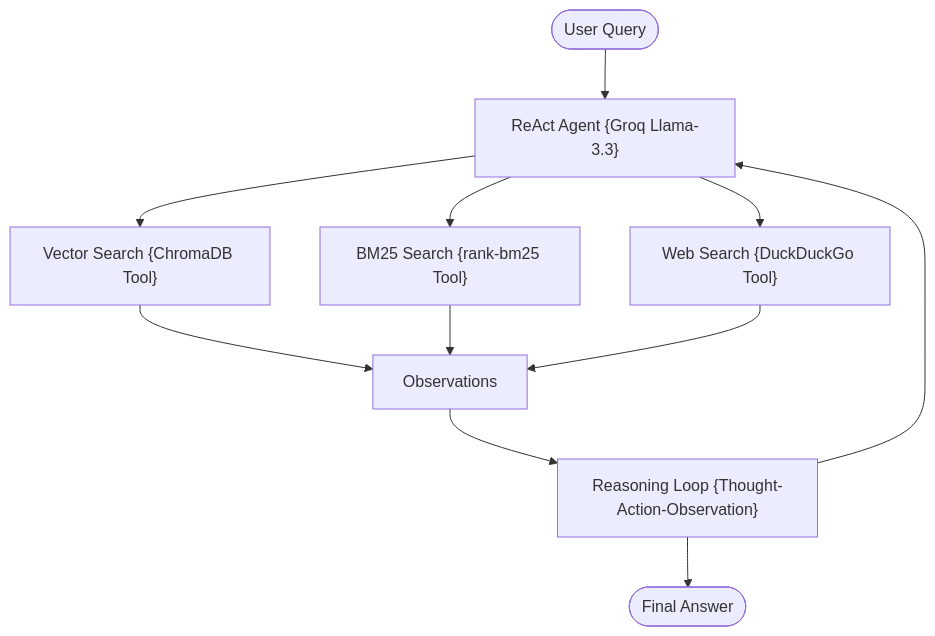
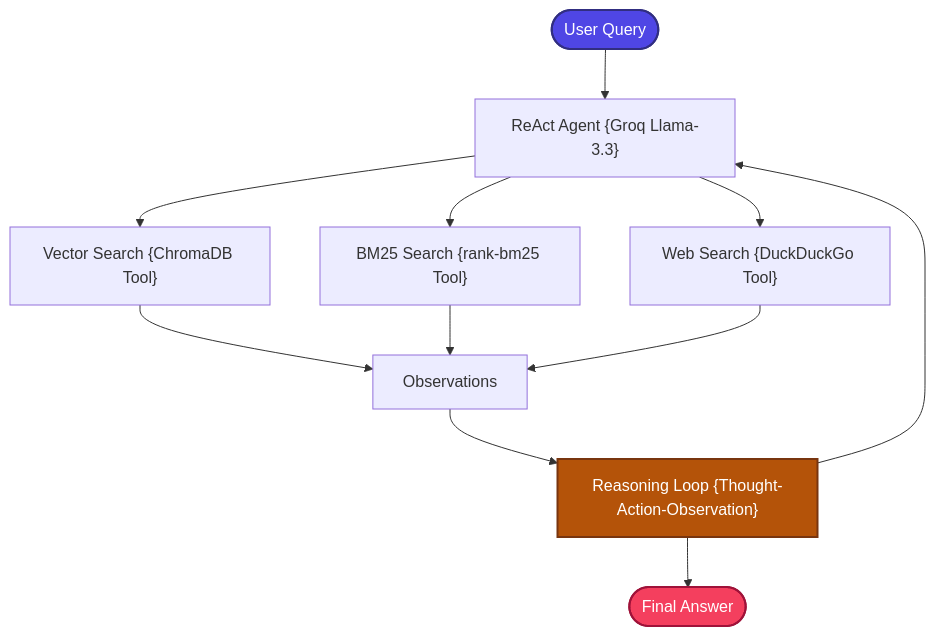
One commit to mohd-faizy/RAG-Design-Patterns changed the second of 2 diagrams in 17_ReAct_RAG/README.md. Above: the diagram before and after it, drawn with Mermaid. The commit also changed other lines of this file and 18 other files, not shown here.

````diff
--- a/17_ReAct_RAG/README.md
+++ b/17_ReAct_RAG/README.md
@@ -40,16 +43,20 @@
 ```mermaid
 graph TD
     Query([User Query]) --> Agent["ReAct Agent {Groq Llama-3.3}"]
     
     Agent --> Vector["Vector Search {ChromaDB Tool}"]
     Agent --> BM25["BM25 Search {rank-bm25 Tool}"]
     Agent --> WebSearch["Web Search {DuckDuckGo Tool}"]
     
     Vector --> Observations[Observations]
     BM25 --> Observations
     WebSearch --> Observations
     
     Observations --> Loop["Reasoning Loop {Thought-Action-Observation}"]
     Loop --> Agent
     Loop --> FinalAnswer([Final Answer])
+
+    style Query fill:#4F46E5,stroke:#312E81,stroke-width:2px,color:#fff
+    style FinalAnswer fill:#F43F5E,stroke:#9F1239,stroke-width:2px,color:#fff
+    style Loop fill:#B45309,stroke:#78350F,stroke-width:2px,color:#fff
 ```
````
